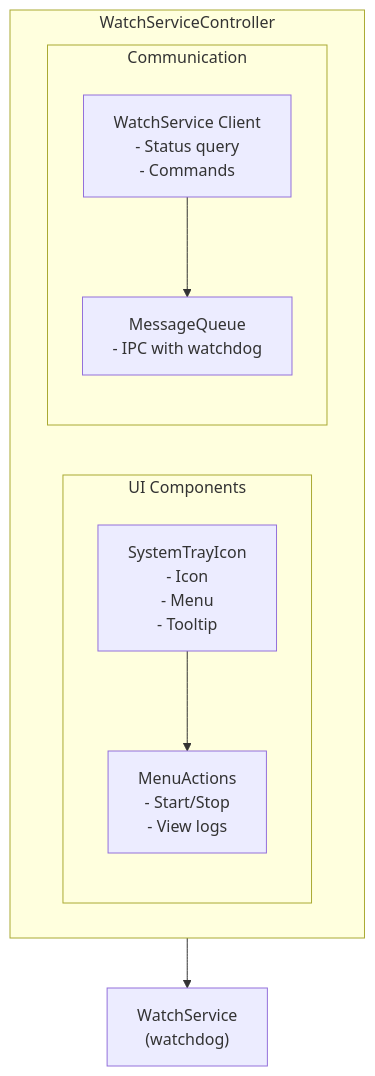
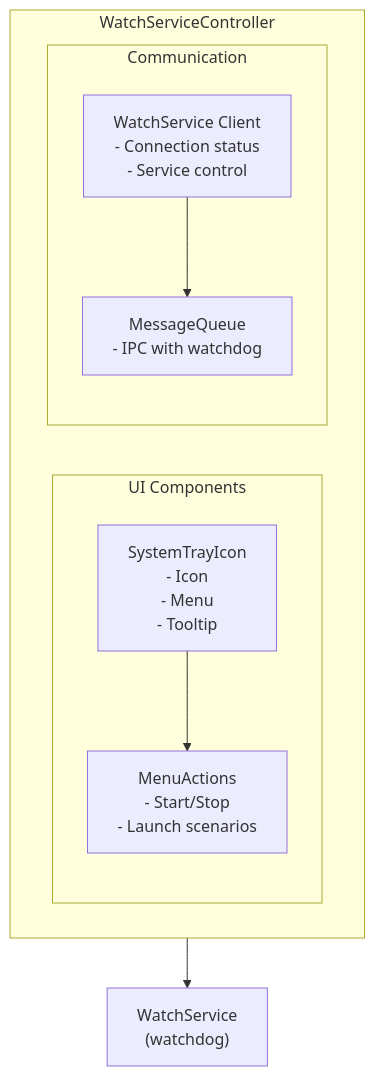
One commit to Ilkhom-S/e-kiosk changed the diagram in apps/WatchServiceController/README.md. Above: the diagram before and after it, drawn with Mermaid. The commit also changed other lines of this file, not shown here.

First line of the commit message:
docs(apps): update WatchServiceController README to match actual implementation

````diff
--- a/apps/WatchServiceController/README.md
+++ b/apps/WatchServiceController/README.md
@@ -128,17 +113,17 @@
 ```mermaid
 flowchart TB
     subgraph Controller["WatchServiceController"]
         subgraph UI["UI Components"]
             SystemTrayIcon["SystemTrayIcon<br/>- Icon<br/>- Menu<br/>- Tooltip"]
-            MenuActions["MenuActions<br/>- Start/Stop<br/>- View logs"]
+            MenuActions["MenuActions<br/>- Start/Stop<br/>- Launch scenarios"]
         end
         subgraph IPC["Communication"]
-            WatchServiceClient["WatchService Client<br/>- Status query<br/>- Commands"]
+            WatchServiceClient["WatchService Client<br/>- Connection status<br/>- Service control"]
             MessageQueue["MessageQueue<br/>- IPC with watchdog"]
         end
         SystemTrayIcon --> MenuActions
         WatchServiceClient --> MessageQueue
     end
 
     Controller --> WatchService["WatchService<br/>(watchdog)"]
 ```
````
